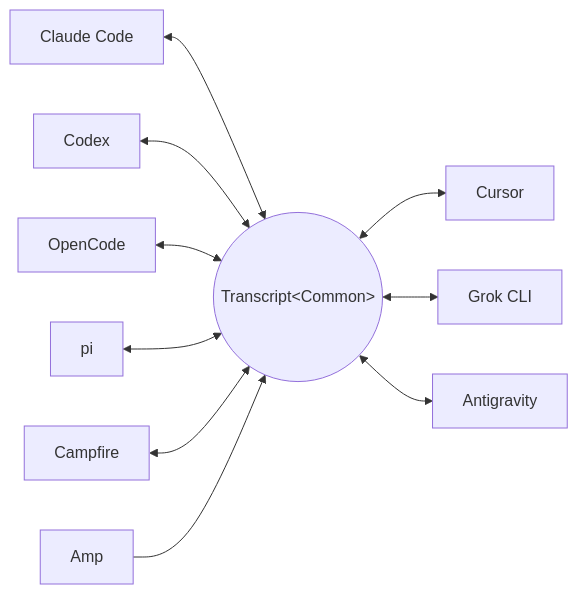
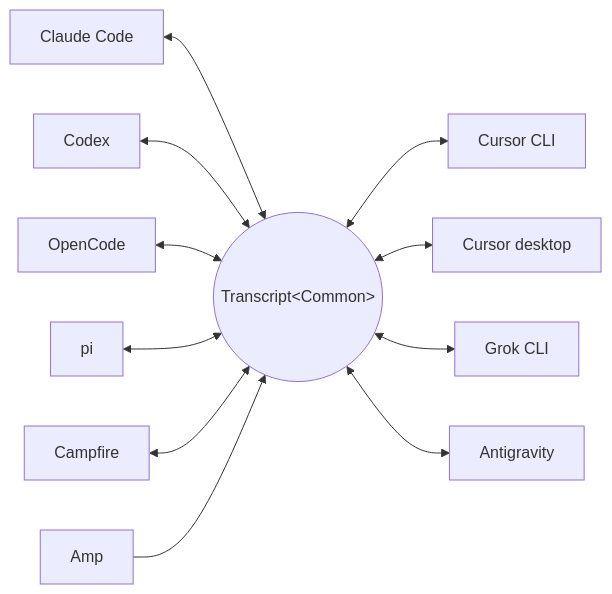
One commit to Adityakk9031/txcript changed the diagram in README.md. Above: the diagram before and after it, drawn with Mermaid. The commit also changed other lines of this file and 1 other file, not shown here.

Commit message:
Polish the README: full logo strip, Cursor desktop, unwrapped prose

````diff
--- a/README.md
+++ b/README.md
@@ -76,12 +64,13 @@
 ```mermaid
 flowchart LR
     claude["Claude Code"] <--> common(("Transcript&lt;Common&gt;"))
     codex["Codex"] <--> common
     opencode["OpenCode"] <--> common
     pi["pi"] <--> common
     campfire["Campfire"] <--> common
-    common <--> cursor["Cursor"]
+    common <--> cursor["Cursor CLI"]
+    common <--> cursordesktop["Cursor desktop"]
     common <--> grok["Grok CLI"]
     common <--> antigravity["Antigravity"]
     amp["Amp"] --> common
 ```
````
